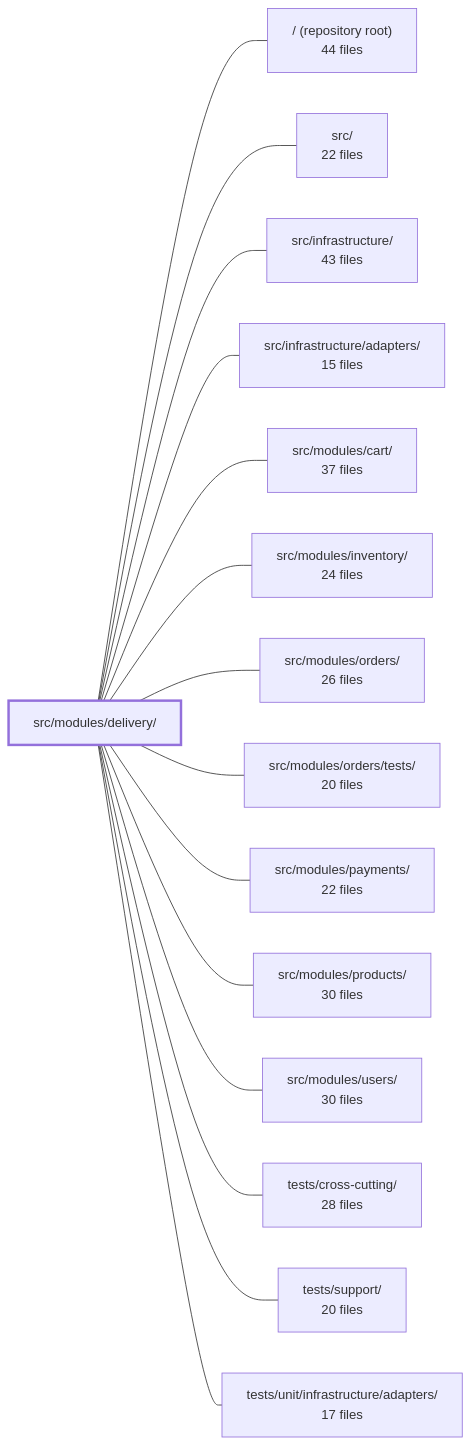
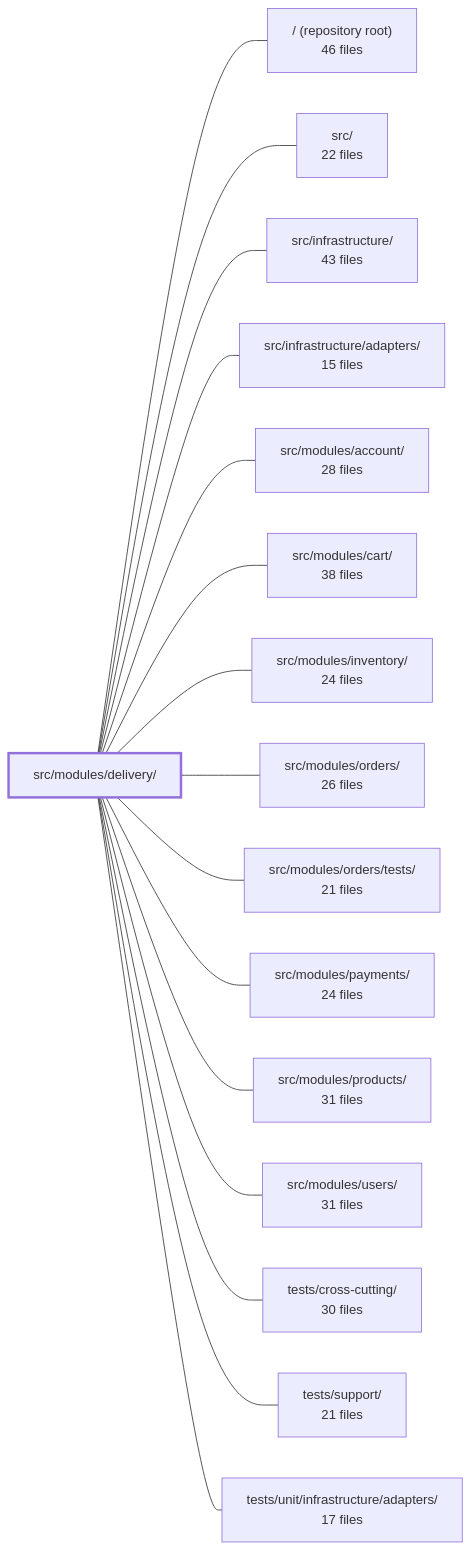
Before and after one commit to Guebbit/boilerplate-node-backend: the diagram in .2repo/modules/boilerplate-node-backend_src_modules_delivery.md, drawn with Mermaid. The commit also changed other lines of this file and 302 other files, not shown here.

First line of the commit message:
chore(2repo): refresh repo context, wiki, and architecture snapshots

````diff
--- a/.2repo/modules/boilerplate-node-backend_src_modules_delivery.md
+++ b/.2repo/modules/boilerplate-node-backend_src_modules_delivery.md
@@ -39,33 +42,35 @@
 ```mermaid
 flowchart LR
     m_src_modules_delivery["src/modules/delivery/"]
-    m_root["/ (repository root)<br/>44 files"]
+    m_root["/ (repository root)<br/>46 files"]
     m_src["src/<br/>22 files"]
     m_src_infrastructure["src/infrastructure/<br/>43 files"]
     m_src_infrastructure_adapters["src/infrastructure/adapters/<br/>15 files"]
-    m_src_modules_cart["src/modules/cart/<br/>37 files"]
+    m_src_modules_account["src/modules/account/<br/>28 files"]
+    m_src_modules_cart["src/modules/cart/<br/>38 files"]
     m_src_modules_inventory["src/modules/inventory/<br/>24 files"]
     m_src_modules_orders["src/modules/orders/<br/>26 files"]
-    m_src_modules_orders_tests["src/modules/orders/tests/<br/>20 files"]
-    m_src_modules_payments["src/modules/payments/<br/>22 files"]
-    m_src_modules_products["src/modules/products/<br/>30 files"]
-    m_src_modules_users["src/modules/users/<br/>30 files"]
-    m_tests_cross_cutting["tests/cross-cutting/<br/>28 files"]
-    m_tests_support["tests/support/<br/>20 files"]
+    m_src_modules_orders_tests["src/modules/orders/tests/<br/>21 files"]
+    m_src_modules_payments["src/modules/payments/<br/>24 files"]
+    m_src_modules_products["src/modules/products/<br/>31 files"]
+    m_src_modules_users["src/modules/users/<br/>31 files"]
+    m_tests_cross_cutting["tests/cross-cutting/<br/>30 files"]
+    m_tests_support["tests/support/<br/>21 files"]
     m_tests_unit_infrastructure_adapters["tests/unit/infrastructure/adapters/<br/>17 files"]
     m_src_modules_delivery --- m_root
     m_src_modules_delivery --- m_src
     m_src_modules_delivery --- m_src_infrastructure
     m_src_modules_delivery --- m_src_infrastructure_adapters
+    m_src_modules_delivery --- m_src_modules_account
     m_src_modules_delivery --- m_src_modules_cart
     m_src_modules_delivery --- m_src_modules_inventory
     m_src_modules_delivery --- m_src_modules_orders
     m_src_modules_delivery --- m_src_modules_orders_tests
     m_src_modules_delivery --- m_src_modules_payments
     m_src_modules_delivery --- m_src_modules_products
     m_src_modules_delivery --- m_src_modules_users
     m_src_modules_delivery --- m_tests_cross_cutting
     m_src_modules_delivery --- m_tests_support
     m_src_modules_delivery --- m_tests_unit_infrastructure_adapters
     style m_src_modules_delivery stroke-width:3px
 ```
````
